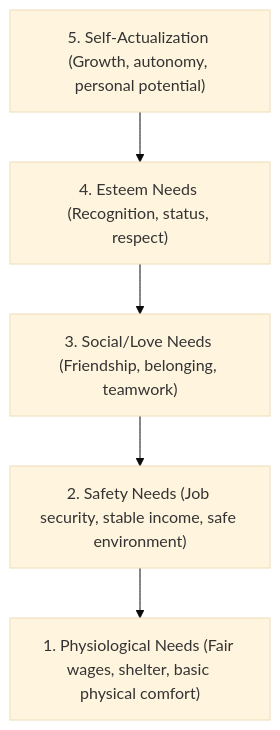
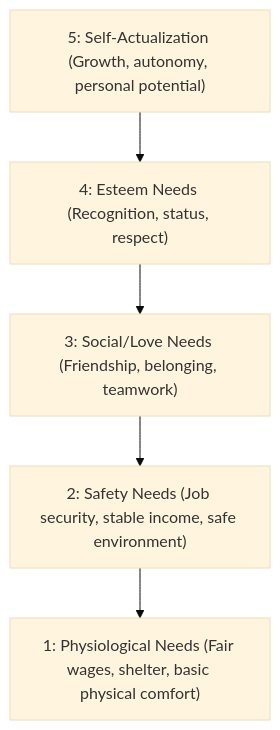
Diagram 11 of 20 in Y1S2/AKW103 Introduction to Management.md (Fake1Doge/Obsidian-notes), drawn with Mermaid (base theme) before and after one commit.

Commit message:
vault backup: 2026-07-01 22:39:11

````diff
--- a/Y1S2/AKW103 Introduction to Management.md
+++ b/Y1S2/AKW103 Introduction to Management.md
@@ -2156,7 +2156,7 @@
 ```mermaid
 graph TD
-    SA["5. Self-Actualization (Growth, autonomy, personal potential)"] --> E["4. Esteem Needs (Recognition, status, respect)"]
-    E --> So["3. Social/Love Needs (Friendship, belonging, teamwork)"]
-    So --> Sa["2. Safety Needs (Job security, stable income, safe environment)"]
-    Sa --> P["1. Physiological Needs (Fair wages, shelter, basic physical comfort)"]
+    SA["5: Self-Actualization (Growth, autonomy, personal potential)"] --> E["4: Esteem Needs (Recognition, status, respect)"]
+    E --> So["3: Social/Love Needs (Friendship, belonging, teamwork)"]
+    So --> Sa["2: Safety Needs (Job security, stable income, safe environment)"]
+    Sa --> P["1: Physiological Needs (Fair wages, shelter, basic physical comfort)"]
 ```
````
